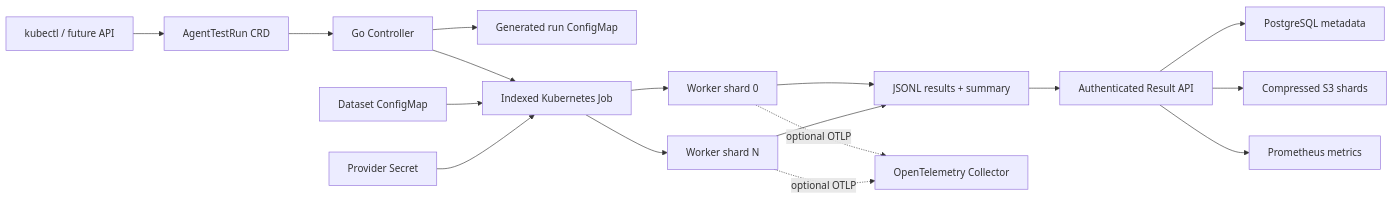
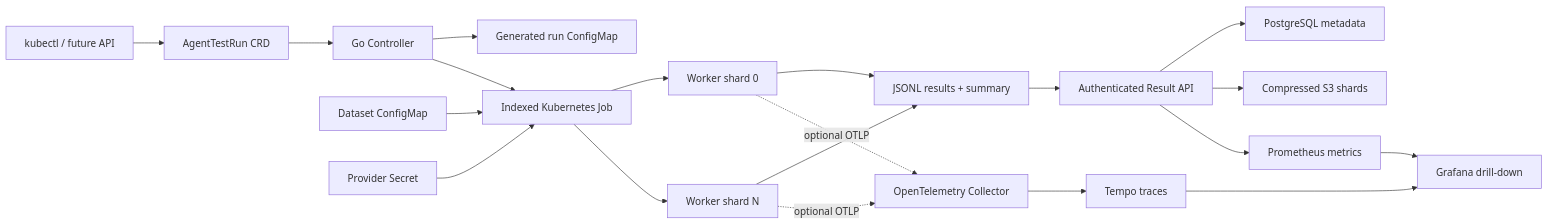
The diagram in README.md (Alphasxd/AgentStorm), drawn with Mermaid before and after one commit. The commit also changed other lines of this file and 14 other files, not shown here.

````diff
--- a/README.md
+++ b/README.md
@@ -42,19 +44,22 @@
 ```mermaid
 flowchart LR
     User["kubectl / future API"] --> CR["AgentTestRun CRD"]
     CR --> Controller["Go Controller"]
     Controller --> Config["Generated run ConfigMap"]
     Controller --> Job["Indexed Kubernetes Job"]
     Dataset["Dataset ConfigMap"] --> Job
     Secret["Provider Secret"] --> Job
     Job --> W1["Worker shard 0"]
     Job --> W2["Worker shard N"]
     W1 --> Result["JSONL results + summary"]
     W2 --> Result
     Result --> ResultAPI["Authenticated Result API"]
     ResultAPI --> PostgreSQL["PostgreSQL metadata"]
     ResultAPI --> ObjectStore["Compressed S3 shards"]
     W1 -. optional OTLP .-> Telemetry["OpenTelemetry Collector"]
     W2 -. optional OTLP .-> Telemetry
-    ResultAPI --> Metrics["Prometheus metrics"]
+    Telemetry --> Tempo["Tempo traces"]
+    ResultAPI --> Prometheus["Prometheus metrics"]
+    Tempo --> Grafana["Grafana drill-down"]
+    Prometheus --> Grafana
 ```
````
